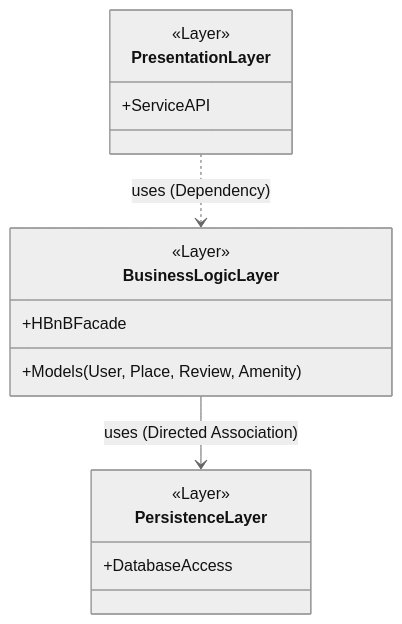
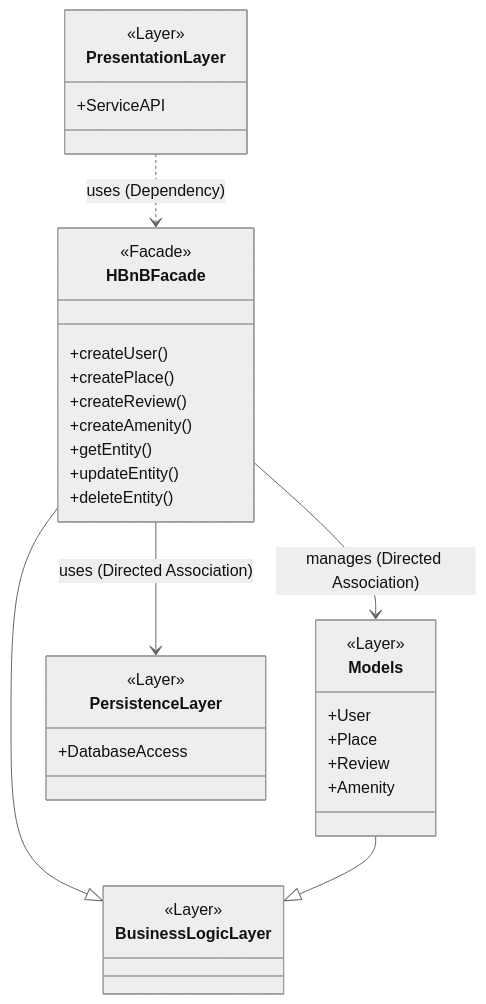
Before and after one commit to alzahra3ali-bit/holbertonschool-hbnb: the first of 6 diagrams in part1/README.md, drawn with Mermaid (neutral theme). The commit also changed other lines of this file, not shown here.

Commit message:
fix: facade modeling, password hashing, UUID4, and sequence diagram validations

````diff
--- a/part1/README.md
+++ b/part1/README.md
@@ -10,21 +10,41 @@
 ```mermaid
 classDiagram
-    class PresentationLayer {
-        <<Layer>>
-        +ServiceAPI
-    }
+class PresentationLayer {
+<<Layer>>
++ServiceAPI
+}
+class HBnBFacade {
+    <<Facade>>
+    +createUser()
+    +createPlace()
+    +createReview()
+    +createAmenity()
+    +getEntity()
+    +updateEntity()
+    +deleteEntity()
+}
 
-    class BusinessLogicLayer {
-        <<Layer>>
-        +HBnBFacade
-        +Models (User, Place, Review, Amenity)
-    }
+class Models {
+    <<Layer>>
+    +User
+    +Place
+    +Review
+    +Amenity
+}
 
-    class PersistenceLayer {
-        <<Layer>>
-        +DatabaseAccess
-    }
+class PersistenceLayer {
+    <<Layer>>
+    +DatabaseAccess
+}
 
-    PresentationLayer ..> BusinessLogicLayer : uses (Dependency)
-    BusinessLogicLayer --> PersistenceLayer : uses (Directed Association)
+PresentationLayer ..> HBnBFacade : uses (Dependency)
+HBnBFacade --> Models : manages (Directed Association)
+HBnBFacade --> PersistenceLayer : uses (Directed Association)
+
+HBnBFacade --|> BusinessLogicLayer
+Models --|> BusinessLogicLayer
+
+class BusinessLogicLayer {
+    <<Layer>>
+}
 ```
````
